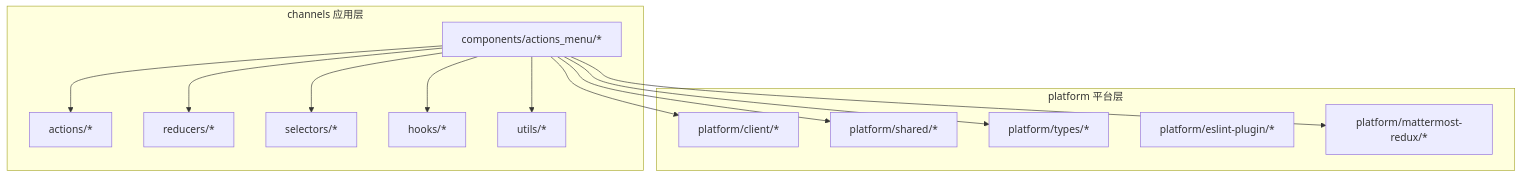
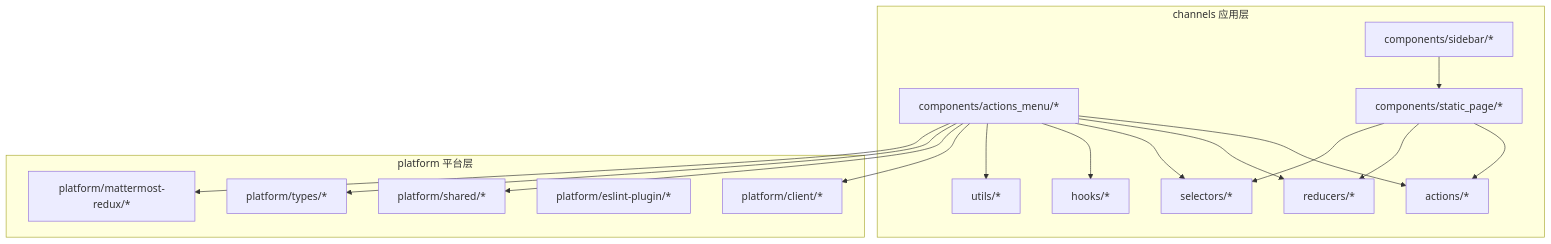
The first of 8 diagrams in .qoder/repowiki/zh/content/前端开发/组件开发指南/组件开发指南.md (frankMa-1993/mattermost), drawn with Mermaid before and after one commit. The commit also changed other lines of this file and 7 other files, not shown here.

````diff
--- a/.qoder/repowiki/zh/content/前端开发/组件开发指南/组件开发指南.md
+++ b/.qoder/repowiki/zh/content/前端开发/组件开发指南/组件开发指南.md
@@ -47,27 +53,33 @@
 ```mermaid
 graph TB
 subgraph "channels 应用层"
 CM["components/actions_menu/*"]
+SP["components/sidebar/*"]
+STP["components/static_page/*"]
 CA["actions/*"]
 CR["reducers/*"]
 CS["selectors/*"]
 CH["hooks/*"]
 CU["utils/*"]
 end
 subgraph "platform 平台层"
 PC["platform/client/*"]
 PS["platform/shared/*"]
 PT["platform/types/*"]
 PE["platform/eslint-plugin/*"]
 PM["platform/mattermost-redux/*"]
 end
 CM --> CA
 CM --> CR
 CM --> CS
 CM --> CH
 CM --> CU
 CM --> PC
 CM --> PS
 CM --> PT
 CM --> PM
+SP --> STP
+STP --> CA
+STP --> CR
+STP --> CS
 ```
````
